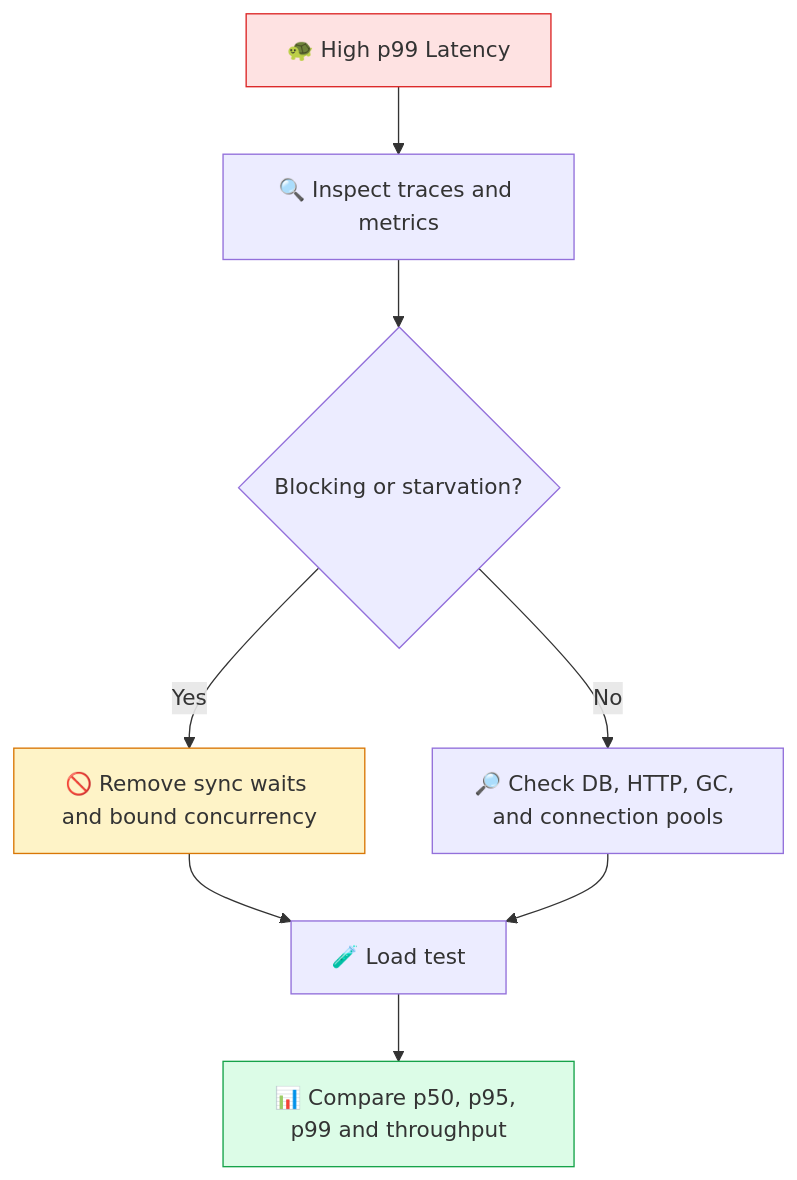
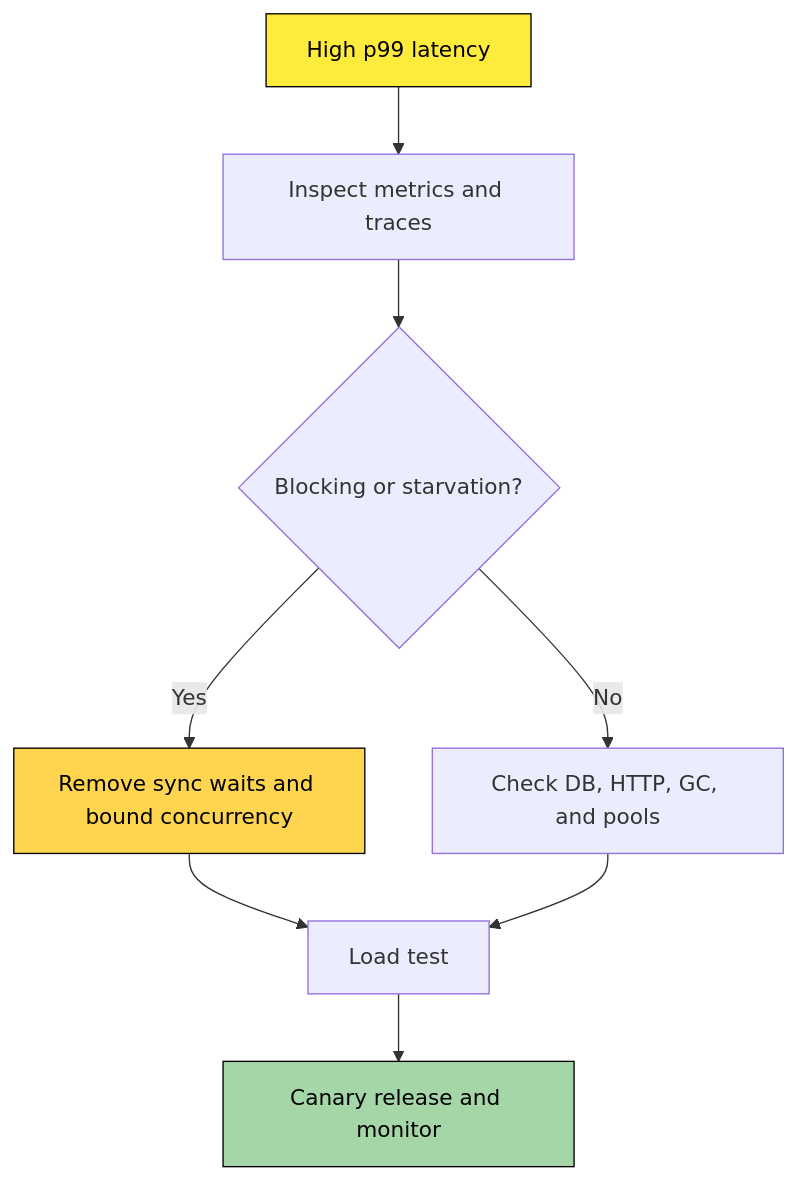
Before and after one commit to azam123/Engineering-Interview-Prep: the sixth of 6 diagrams in 01A-CSharp-Internal-Working-Visual-QA.md, drawn with Mermaid. The commit also changed other lines of this file, not shown here.

Commit message:
Improve C# visual Q&A with high-contrast theme and ASP.NET Core interview topics

````diff
--- a/01A-CSharp-Internal-Working-Visual-QA.md
+++ b/01A-CSharp-Internal-Working-Visual-QA.md
@@ -315,13 +330,13 @@
 ```mermaid
 flowchart TD
-    A[🐢 High p99 Latency] --> B[🔍 Inspect traces and metrics]
+    A[High p99 latency] --> B[Inspect metrics and traces]
     B --> C{Blocking or starvation?}
-    C -- Yes --> D[🚫 Remove sync waits and bound concurrency]
-    C -- No --> E[🔎 Check DB, HTTP, GC, and connection pools]
-    D --> F[🧪 Load test]
+    C -- Yes --> D[Remove sync waits and bound concurrency]
+    C -- No --> E[Check DB, HTTP, GC, and pools]
+    D --> F[Load test]
     E --> F
-    F --> G[📊 Compare p50, p95, p99 and throughput]
-    style A fill:#fee2e2,stroke:#dc2626
-    style D fill:#fef3c7,stroke:#d97706
-    style G fill:#dcfce7,stroke:#16a34a
+    F --> G[Canary release and monitor]
+    style A fill:#ffeb3b,color:#000,stroke:#000
+    style D fill:#ffd54f,color:#000,stroke:#000
+    style G fill:#a5d6a7,color:#000,stroke:#000
 ```
````
